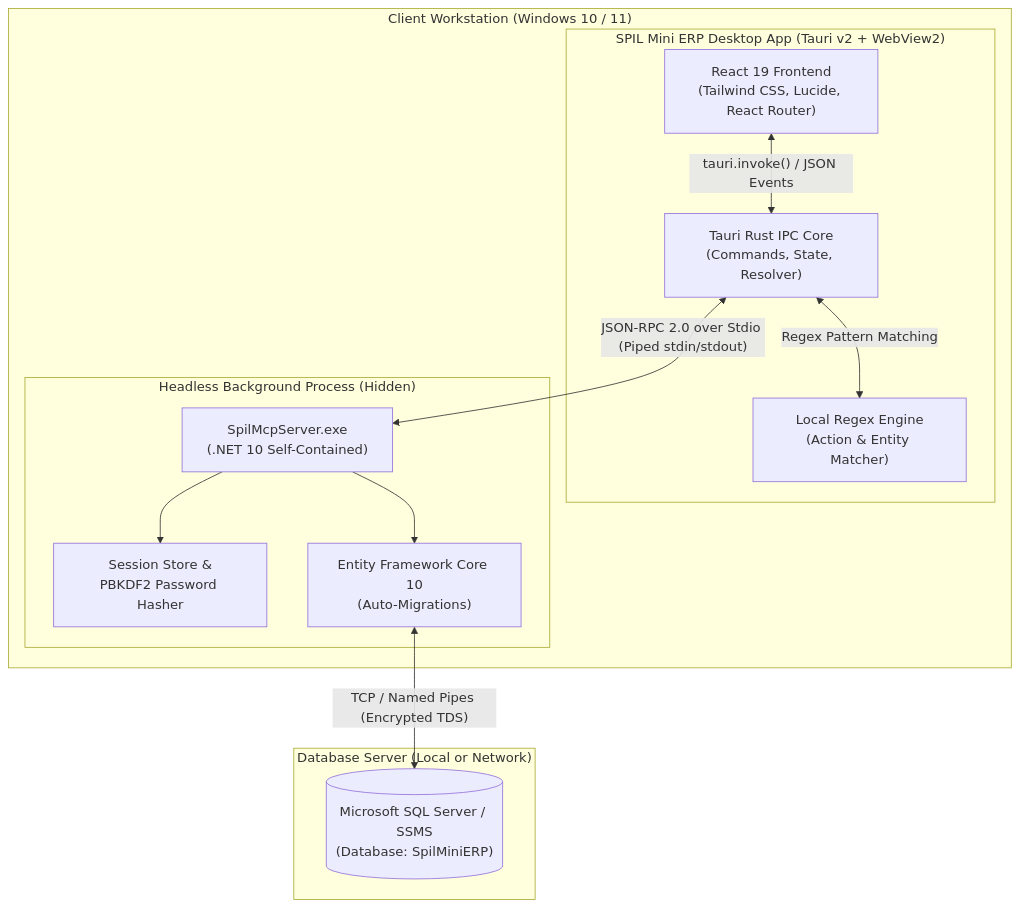
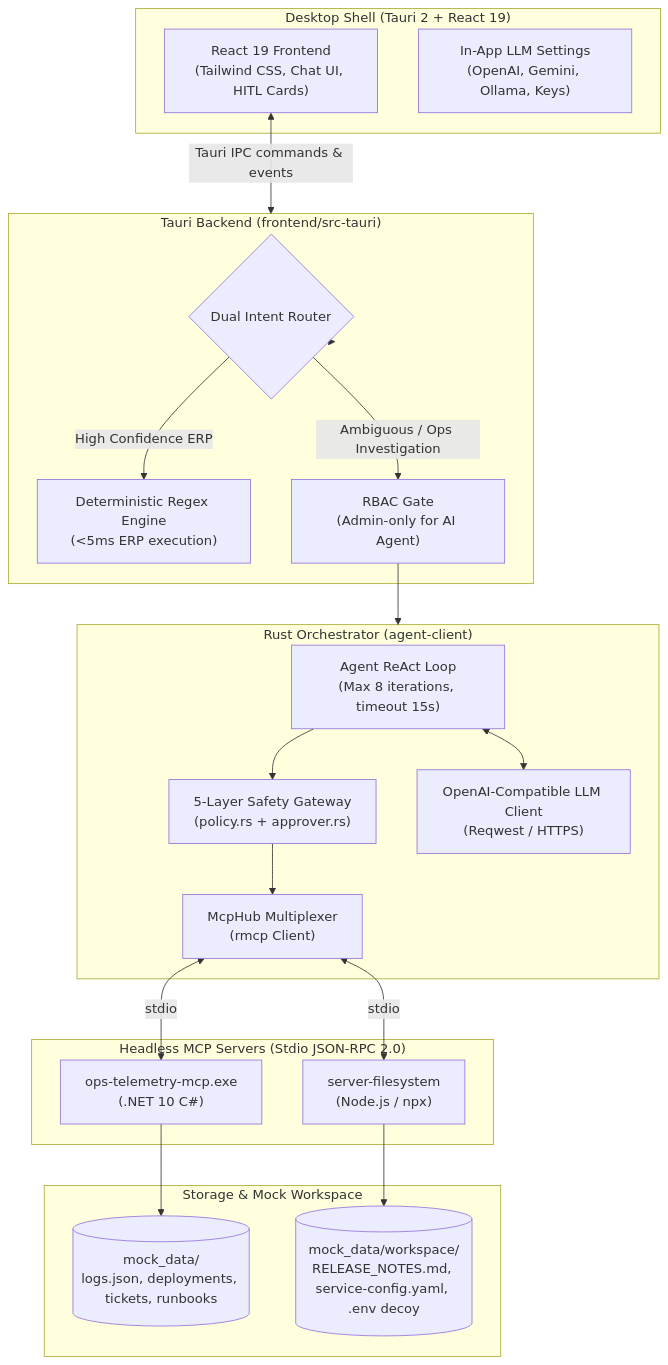
The diagram in README.md (atheeq01/erp-mcp-dotnet-tauri), drawn with Mermaid before and after one commit. The commit also changed other lines of this file and 78 other files, not shown here.

First line of the commit message:
feat: Add mock data for logs, release checklist, and runbooks

````diff
--- a/README.md
+++ b/README.md
@@ -44,27 +45,44 @@
 ```mermaid
-flowchart TD
-    subgraph ClientPC ["Client Workstation (Windows 10 / 11)"]
-        subgraph TauriApp ["SPIL Mini ERP Desktop App (Tauri v2 + WebView2)"]
-            UI["React 19 Frontend<br/>(Tailwind CSS, Lucide, React Router)"]
-            IPC["Tauri Rust IPC Core<br/>(Commands, State, Resolver)"]
-            RegexEngine["Local Regex Engine<br/>(Action & Entity Matcher)"]
-        end
-
-        subgraph BackgroundDaemon ["Headless Background Process (Hidden)"]
-            MCP["SpilMcpServer.exe<br/>(.NET 10 Self-Contained)"]
-            AuthMod["Session Store &<br/>PBKDF2 Password Hasher"]
-            EFCore["Entity Framework Core 10<br/>(Auto-Migrations)"]
-        end
+flowchart TB
+    subgraph UI_Layer ["Desktop Shell (Tauri 2 + React 19)"]
+        UI["React 19 Frontend<br/>(Tailwind CSS, Chat UI, HITL Cards)"]
+        Settings["In-App LLM Settings<br/>(OpenAI, Gemini, Ollama, Keys)"]
     end
 
-    subgraph DatabaseLayer ["Database Server (Local or Network)"]
-        SQLServer[("Microsoft SQL Server / SSMS<br/>(Database: SpilMiniERP)")]
+    subgraph Tauri_Core ["Tauri Backend (frontend/src-tauri)"]
+        Router{"Dual Intent Router"}
+        FastPath["Deterministic Regex Engine<br/>(<5ms ERP execution)"]
+        RBAC["RBAC Gate<br/>(Admin-only for AI Agent)"]
     end
 
-    UI <--> |"tauri.invoke() / JSON Events"| IPC
-    IPC <--> |"Regex Pattern Matching"| RegexEngine
-    IPC <--> |"JSON-RPC 2.0 over Stdio (Piped stdin/stdout)"| MCP
-    MCP --> AuthMod
-    MCP --> EFCore
-    EFCore <--> |"TCP / Named Pipes (Encrypted TDS)"| SQLServer
+    subgraph Agent_Core ["Rust Orchestrator (agent-client)"]
+        AgentLoop["Agent ReAct Loop<br/>(Max 8 iterations, timeout 15s)"]
+        SafetyGateway["5-Layer Safety Gateway<br/>(policy.rs + approver.rs)"]
+        McpHub["McpHub Multiplexer<br/>(rmcp Client)"]
+        LLM["OpenAI-Compatible LLM Client<br/>(Reqwest / HTTPS)"]
+    end
+
+    subgraph Stdio_Servers ["Headless MCP Servers (Stdio JSON-RPC 2.0)"]
+        TelemetryServer["ops-telemetry-mcp.exe<br/>(.NET 10 C#)"]
+        FilesystemServer["server-filesystem<br/>(Node.js / npx)"]
+    end
+
+    subgraph Storage ["Storage & Mock Workspace"]
+        MockData[("mock_data/<br/>logs.json, deployments, tickets, runbooks")]
+        Workspace[("mock_data/workspace/<br/>RELEASE_NOTES.md, service-config.yaml, .env decoy")]
+    end
+
+    UI <--> |"Tauri IPC commands & events"| Tauri_Core
+    Tauri_Core --> Router
+    Router -- "High Confidence ERP" --> FastPath
+    Router -- "Ambiguous / Ops Investigation" --> RBAC
+    RBAC --> Agent_Core
+
+    AgentLoop <--> LLM
+    AgentLoop --> SafetyGateway
+    SafetyGateway --> McpHub
+    McpHub <--> |stdio| TelemetryServer
+    McpHub <--> |stdio| FilesystemServer
+    TelemetryServer --> MockData
+    FilesystemServer --> Workspace
 ```
````
